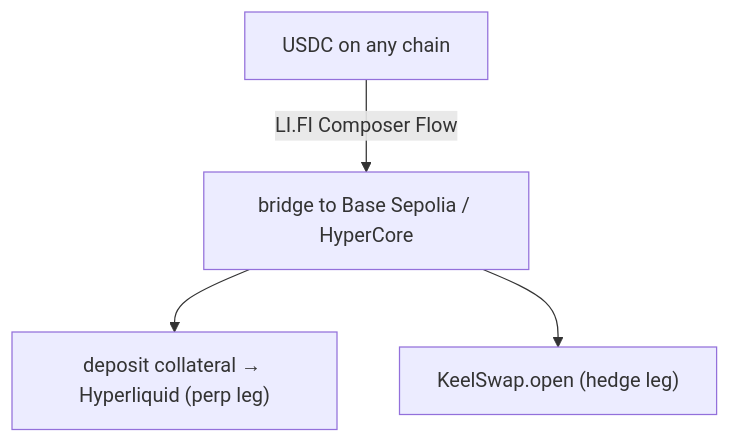
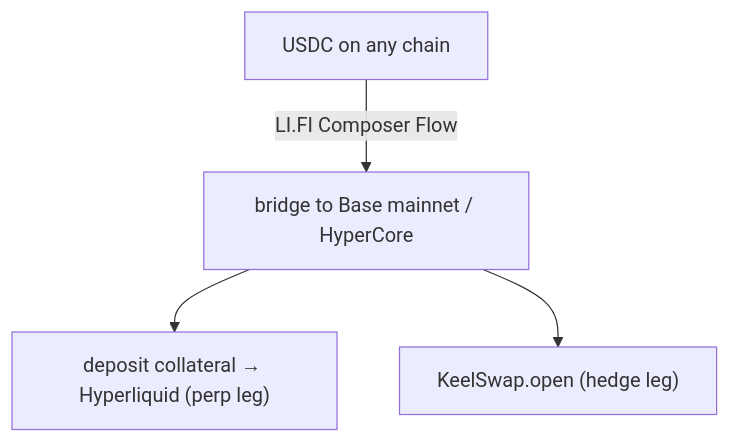
The fourth of 4 diagrams in docs/bounty-integrations.md (0xYudhishthra/TenorFi), drawn with Mermaid before and after one commit. The commit also changed other lines of this file and 10 other files, not shown here.

First line of the commit message:
feat(contracts): add KeelFundingReceiver CRE consumer; target Base mainnet

````diff
--- a/docs/bounty-integrations.md
+++ b/docs/bounty-integrations.md
@@ -151,6 +170,6 @@
 ```mermaid
 flowchart TB
-    USER["USDC on any chain"] -->|LI.FI Composer Flow| BRIDGE["bridge to Base Sepolia / HyperCore"]
+    USER["USDC on any chain"] -->|LI.FI Composer Flow| BRIDGE["bridge to Base mainnet / HyperCore"]
     BRIDGE --> DEP["deposit collateral → Hyperliquid (perp leg)"]
     BRIDGE --> OPEN["KeelSwap.open (hedge leg)"]
 ```
````
